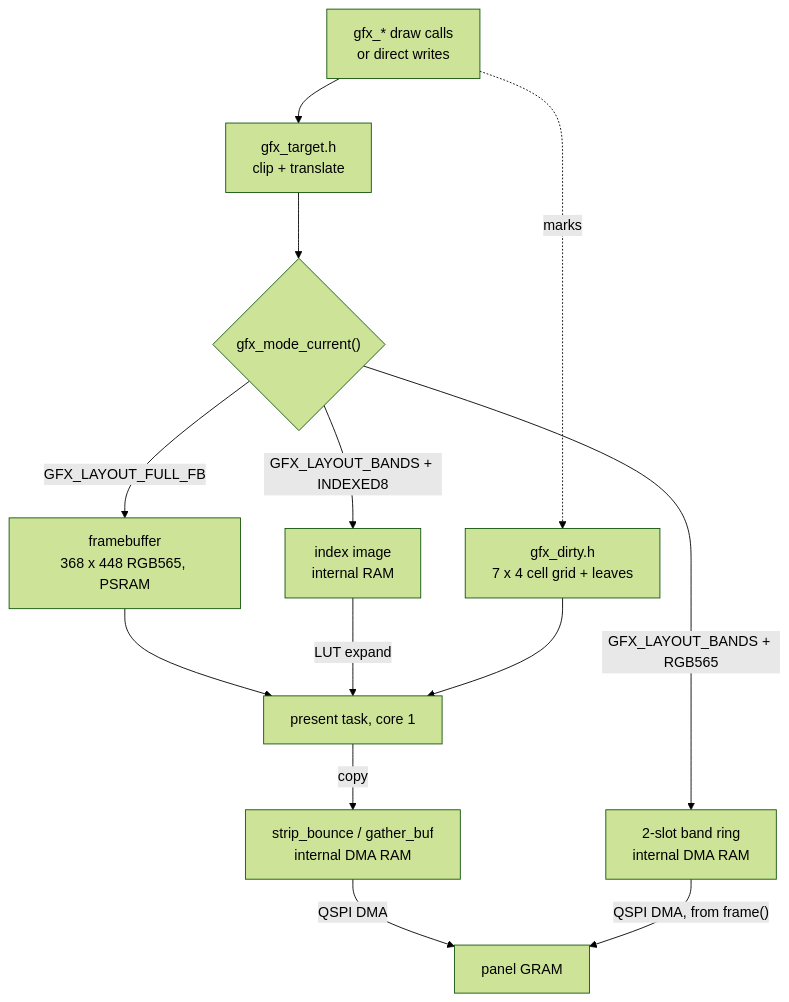
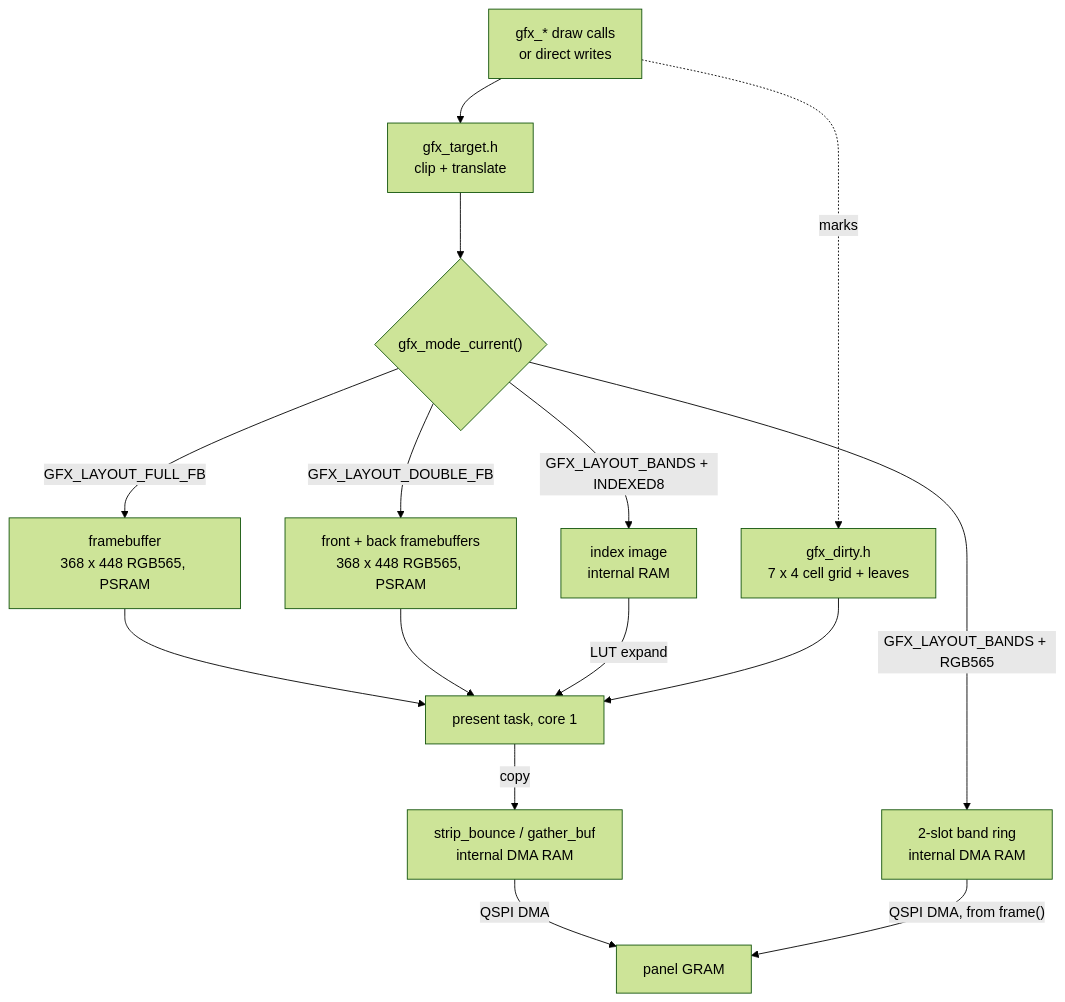
The first of 4 diagrams in docs/Gfx-and-Presentation.md (jose-villegas/autana), drawn with Mermaid (forest theme) before and after one commit. The commit also changed other lines of this file and 14 other files, not shown here.

````diff
--- a/docs/Gfx-and-Presentation.md
+++ b/docs/Gfx-and-Presentation.md
@@ -18,15 +18,17 @@
 ```mermaid
 flowchart TB
     DRAW["gfx_* draw calls<br/>or direct writes"] --> TGT["gfx_target.h<br/>clip + translate"]
     TGT --> SEL{"gfx_mode_current()"}
     SEL -->|"GFX_LAYOUT_FULL_FB"| FB["framebuffer<br/>368 x 448 RGB565, PSRAM"]
+    SEL -->|"GFX_LAYOUT_DOUBLE_FB"| DB["front + back framebuffers<br/>368 x 448 RGB565, PSRAM"]
     SEL -->|"GFX_LAYOUT_BANDS + RGB565"| BR["2-slot band ring<br/>internal DMA RAM"]
     SEL -->|"GFX_LAYOUT_BANDS + INDEXED8"| IX["index image<br/>internal RAM"]
     DRAW -.->|"marks"| DT["gfx_dirty.h<br/>7 x 4 cell grid + leaves"]
     FB --> PT["present task, core 1"]
+    DB --> PT
     IX -->|"LUT expand"| PT
     DT --> PT
     PT -->|"copy"| BNC["strip_bounce / gather_buf<br/>internal DMA RAM"]
     BNC -->|"QSPI DMA"| PANEL["panel GRAM"]
     BR -->|"QSPI DMA, from frame()"| PANEL
 ```
````
